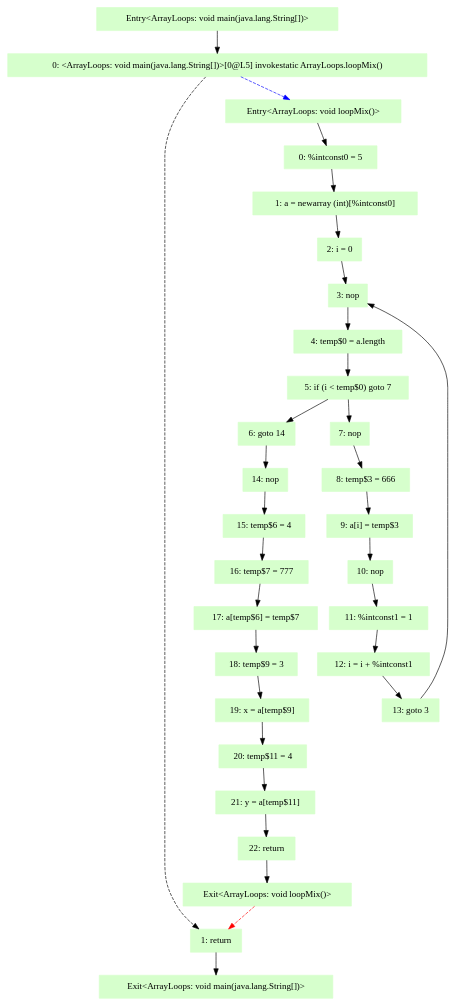
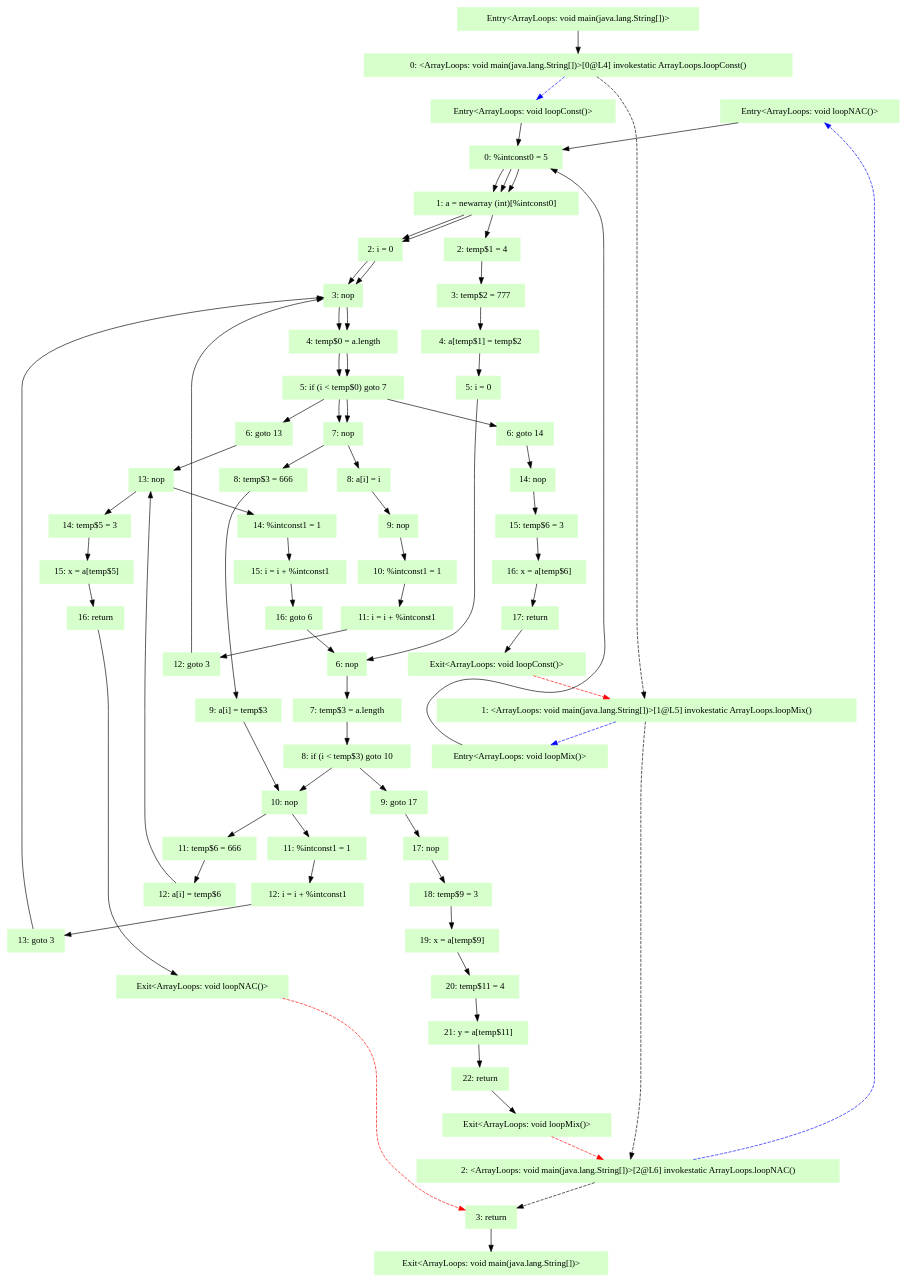
Before and after one commit to tryryry/Static-Program-Analysis: the diagram in Assignments/Assignment7/tai-e/output/ArrayLoops.main-icfg.dot, drawn with Graphviz. The commit also changed 121 other files, not shown here.

```diff
--- a/Assignments/Assignment7/tai-e/output/ArrayLoops.main-icfg.dot
+++ b/Assignments/Assignment7/tai-e/output/ArrayLoops.main-icfg.dot
@@ -1,62 +1,148 @@
 digraph G {
-  node [style=filled,shape=box,color=".3 .2 1.0",];
-  "Entry<ArrayLoops: void main(java.lang.String[])>";
-  "0: <ArrayLoops: void main(java.lang.String[])>[0@L5] invokestatic ArrayLoops.loopMix()";
-  "1: return";
-  "Exit<ArrayLoops: void main(java.lang.String[])>";
-  "Entry<ArrayLoops: void loopMix()>";
+  node [color=".3 .2 1.0",style=filled,shape=box,];
+  "Entry<ArrayLoops: void loopNAC()>";
+  "0: %intconst0 = 5";
+  "1: a = newarray (int)[%intconst0]";
+  "2: i = 0";
+  "3: nop";
+  "4: temp$0 = a.length";
+  "5: if (i < temp$0) goto 7";
+  "6: goto 13";
+  "7: nop";
+  "8: a[i] = i";
+  "9: nop";
+  "10: %intconst1 = 1";
+  "11: i = i + %intconst1";
+  "12: goto 3";
+  "13: nop";
+  "14: temp$5 = 3";
+  "15: x = a[temp$5]";
+  "16: return";
+  "Exit<ArrayLoops: void loopNAC()>";
+  "Entry<ArrayLoops: void loopConst()>";
   "0: %intconst0 = 5";
   "1: a = newarray (int)[%intconst0]";
   "2: i = 0";
   "3: nop";
   "4: temp$0 = a.length";
   "5: if (i < temp$0) goto 7";
   "6: goto 14";
   "7: nop";
   "8: temp$3 = 666";
   "9: a[i] = temp$3";
   "10: nop";
   "11: %intconst1 = 1";
   "12: i = i + %intconst1";
   "13: goto 3";
   "14: nop";
-  "15: temp$6 = 4";
-  "16: temp$7 = 777";
-  "17: a[temp$6] = temp$7";
+  "15: temp$6 = 3";
+  "16: x = a[temp$6]";
+  "17: return";
+  "Exit<ArrayLoops: void loopConst()>";
+  "Entry<ArrayLoops: void main(java.lang.String[])>";
+  "0: <ArrayLoops: void main(java.lang.String[])>[0@L4] invokestatic ArrayLoops.loopConst()";
+  "1: <ArrayLoops: void main(java.lang.String[])>[1@L5] invokestatic ArrayLoops.loopMix()";
+  "2: <ArrayLoops: void main(java.lang.String[])>[2@L6] invokestatic ArrayLoops.loopNAC()";
+  "3: return";
+  "Exit<ArrayLoops: void main(java.lang.String[])>";
+  "Entry<ArrayLoops: void loopMix()>";
+  "0: %intconst0 = 5";
+  "1: a = newarray (int)[%intconst0]";
+  "2: temp$1 = 4";
+  "3: temp$2 = 777";
+  "4: a[temp$1] = temp$2";
+  "5: i = 0";
+  "6: nop";
+  "7: temp$3 = a.length";
+  "8: if (i < temp$3) goto 10";
+  "9: goto 17";
+  "10: nop";
+  "11: temp$6 = 666";
+  "12: a[i] = temp$6";
+  "13: nop";
+  "14: %intconst1 = 1";
+  "15: i = i + %intconst1";
+  "16: goto 6";
+  "17: nop";
   "18: temp$9 = 3";
   "19: x = a[temp$9]";
   "20: temp$11 = 4";
   "21: y = a[temp$11]";
   "22: return";
   "Exit<ArrayLoops: void loopMix()>";
-  "Entry<ArrayLoops: void main(java.lang.String[])>" -> "0: <ArrayLoops: void main(java.lang.String[])>[0@L5] invokestatic ArrayLoops.loopMix()" [];
-  "0: <ArrayLoops: void main(java.lang.String[])>[0@L5] invokestatic ArrayLoops.loopMix()" -> "1: return" [style=dashed,];
-  "0: <ArrayLoops: void main(java.lang.String[])>[0@L5] invokestatic ArrayLoops.loopMix()" -> "Entry<ArrayLoops: void loopMix()>" [color=blue,style=dashed,];
-  "1: return" -> "Exit<ArrayLoops: void main(java.lang.String[])>" [];
-  "Entry<ArrayLoops: void loopMix()>" -> "0: %intconst0 = 5" [];
+  "Entry<ArrayLoops: void loopNAC()>" -> "0: %intconst0 = 5" [];
+  "0: %intconst0 = 5" -> "1: a = newarray (int)[%intconst0]" [];
+  "1: a = newarray (int)[%intconst0]" -> "2: i = 0" [];
+  "2: i = 0" -> "3: nop" [];
+  "3: nop" -> "4: temp$0 = a.length" [];
+  "4: temp$0 = a.length" -> "5: if (i < temp$0) goto 7" [];
+  "5: if (i < temp$0) goto 7" -> "7: nop" [];
+  "5: if (i < temp$0) goto 7" -> "6: goto 13" [];
+  "6: goto 13" -> "13: nop" [];
+  "7: nop" -> "8: a[i] = i" [];
+  "8: a[i] = i" -> "9: nop" [];
+  "9: nop" -> "10: %intconst1 = 1" [];
+  "10: %intconst1 = 1" -> "11: i = i + %intconst1" [];
+  "11: i = i + %intconst1" -> "12: goto 3" [];
+  "12: goto 3" -> "3: nop" [];
+  "13: nop" -> "14: temp$5 = 3" [];
+  "14: temp$5 = 3" -> "15: x = a[temp$5]" [];
+  "15: x = a[temp$5]" -> "16: return" [];
+  "16: return" -> "Exit<ArrayLoops: void loopNAC()>" [];
+  "Exit<ArrayLoops: void loopNAC()>" -> "3: return" [color=red,style=dashed,];
+  "Entry<ArrayLoops: void loopConst()>" -> "0: %intconst0 = 5" [];
   "0: %intconst0 = 5" -> "1: a = newarray (int)[%intconst0]" [];
   "1: a = newarray (int)[%intconst0]" -> "2: i = 0" [];
   "2: i = 0" -> "3: nop" [];
   "3: nop" -> "4: temp$0 = a.length" [];
   "4: temp$0 = a.length" -> "5: if (i < temp$0) goto 7" [];
   "5: if (i < temp$0) goto 7" -> "7: nop" [];
   "5: if (i < temp$0) goto 7" -> "6: goto 14" [];
   "6: goto 14" -> "14: nop" [];
   "7: nop" -> "8: temp$3 = 666" [];
   "8: temp$3 = 666" -> "9: a[i] = temp$3" [];
   "9: a[i] = temp$3" -> "10: nop" [];
   "10: nop" -> "11: %intconst1 = 1" [];
   "11: %intconst1 = 1" -> "12: i = i + %intconst1" [];
   "12: i = i + %intconst1" -> "13: goto 3" [];
   "13: goto 3" -> "3: nop" [];
-  "14: nop" -> "15: temp$6 = 4" [];
-  "15: temp$6 = 4" -> "16: temp$7 = 777" [];
-  "16: temp$7 = 777" -> "17: a[temp$6] = temp$7" [];
-  "17: a[temp$6] = temp$7" -> "18: temp$9 = 3" [];
+  "14: nop" -> "15: temp$6 = 3" [];
+  "15: temp$6 = 3" -> "16: x = a[temp$6]" [];
+  "16: x = a[temp$6]" -> "17: return" [];
+  "17: return" -> "Exit<ArrayLoops: void loopConst()>" [];
+  "Exit<ArrayLoops: void loopConst()>" -> "1: <ArrayLoops: void main(java.lang.String[])>[1@L5] invokestatic ArrayLoops.loopMix()" [color=red,style=dashed,];
+  "Entry<ArrayLoops: void main(java.lang.String[])>" -> "0: <ArrayLoops: void main(java.lang.String[])>[0@L4] invokestatic ArrayLoops.loopConst()" [];
+  "0: <ArrayLoops: void main(java.lang.String[])>[0@L4] invokestatic ArrayLoops.loopConst()" -> "1: <ArrayLoops: void main(java.lang.String[])>[1@L5] invokestatic ArrayLoops.loopMix()" [style=dashed,];
+  "0: <ArrayLoops: void main(java.lang.String[])>[0@L4] invokestatic ArrayLoops.loopConst()" -> "Entry<ArrayLoops: void loopConst()>" [color=blue,style=dashed,];
+  "1: <ArrayLoops: void main(java.lang.String[])>[1@L5] invokestatic ArrayLoops.loopMix()" -> "2: <ArrayLoops: void main(java.lang.String[])>[2@L6] invokestatic ArrayLoops.loopNAC()" [style=dashed,];
+  "1: <ArrayLoops: void main(java.lang.String[])>[1@L5] invokestatic ArrayLoops.loopMix()" -> "Entry<ArrayLoops: void loopMix()>" [color=blue,style=dashed,];
+  "2: <ArrayLoops: void main(java.lang.String[])>[2@L6] invokestatic ArrayLoops.loopNAC()" -> "3: return" [style=dashed,];
+  "2: <ArrayLoops: void main(java.lang.String[])>[2@L6] invokestatic ArrayLoops.loopNAC()" -> "Entry<ArrayLoops: void loopNAC()>" [color=blue,style=dashed,];
+  "3: return" -> "Exit<ArrayLoops: void main(java.lang.String[])>" [];
+  "Entry<ArrayLoops: void loopMix()>" -> "0: %intconst0 = 5" [];
+  "0: %intconst0 = 5" -> "1: a = newarray (int)[%intconst0]" [];
+  "1: a = newarray (int)[%intconst0]" -> "2: temp$1 = 4" [];
+  "2: temp$1 = 4" -> "3: temp$2 = 777" [];
+  "3: temp$2 = 777" -> "4: a[temp$1] = temp$2" [];
+  "4: a[temp$1] = temp$2" -> "5: i = 0" [];
+  "5: i = 0" -> "6: nop" [];
+  "6: nop" -> "7: temp$3 = a.length" [];
+  "7: temp$3 = a.length" -> "8: if (i < temp$3) goto 10" [];
+  "8: if (i < temp$3) goto 10" -> "10: nop" [];
+  "8: if (i < temp$3) goto 10" -> "9: goto 17" [];
+  "9: goto 17" -> "17: nop" [];
+  "10: nop" -> "11: temp$6 = 666" [];
+  "11: temp$6 = 666" -> "12: a[i] = temp$6" [];
+  "12: a[i] = temp$6" -> "13: nop" [];
+  "13: nop" -> "14: %intconst1 = 1" [];
+  "14: %intconst1 = 1" -> "15: i = i + %intconst1" [];
+  "15: i = i + %intconst1" -> "16: goto 6" [];
+  "16: goto 6" -> "6: nop" [];
+  "17: nop" -> "18: temp$9 = 3" [];
   "18: temp$9 = 3" -> "19: x = a[temp$9]" [];
   "19: x = a[temp$9]" -> "20: temp$11 = 4" [];
   "20: temp$11 = 4" -> "21: y = a[temp$11]" [];
   "21: y = a[temp$11]" -> "22: return" [];
   "22: return" -> "Exit<ArrayLoops: void loopMix()>" [];
-  "Exit<ArrayLoops: void loopMix()>" -> "1: return" [color=red,style=dashed,];
+  "Exit<ArrayLoops: void loopMix()>" -> "2: <ArrayLoops: void main(java.lang.String[])>[2@L6] invokestatic ArrayLoops.loopNAC()" [color=red,style=dashed,];
 }
```
